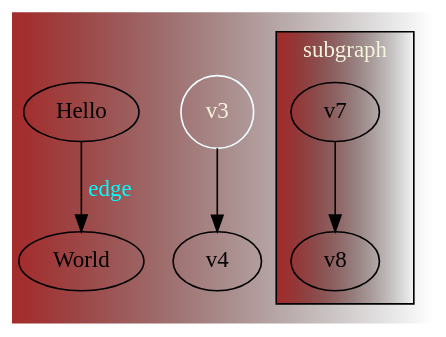
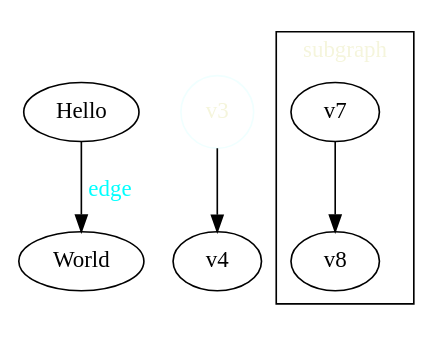
Before and after one commit to Qiu-Weidong/vscode-graphviz-extension: the diagram in examples/hello.dot, drawn with Graphviz. The commit also changed 23 other files, not shown here.

Commit message:
添加了几张图片

```diff
--- a/examples/hello.dot
+++ b/examples/hello.dot
@@ -1,14 +1,14 @@
 digraph G{
   // node [fontcolor=aquamarine];
   Hello -> World [label="edge", fontcolor="aqua"];
   fontcolor="beige";
-  bgcolor="brown:transparent";
+  // bgcolor="brown:transparent";
 
-  v3 [shape=circle, color=azure, fontcolor=beige];
+  v3 [shape=circle, color=azure, fontcolor=beige, rects="2, 3, 7, 8"];
   v3 -> v4;
 
   subgraph cluster_3 {
     v7 -> v8;
     label="subgraph";
   }
 }
```
